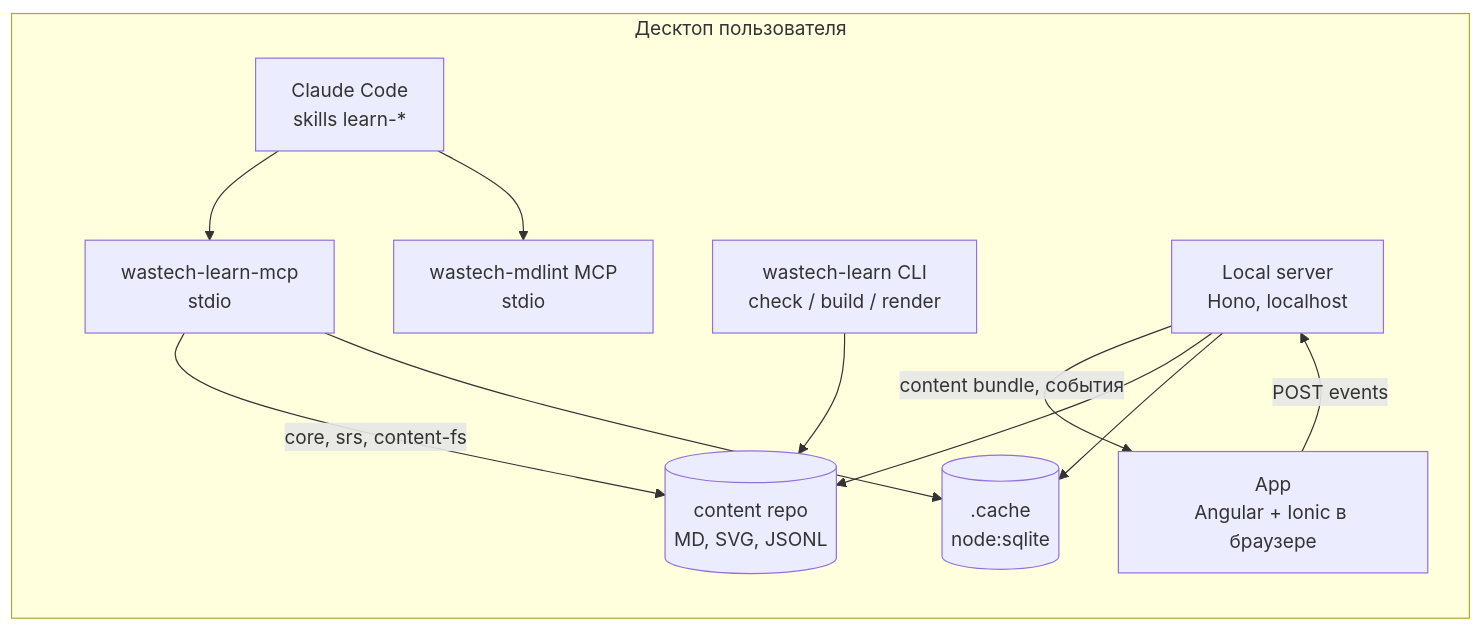
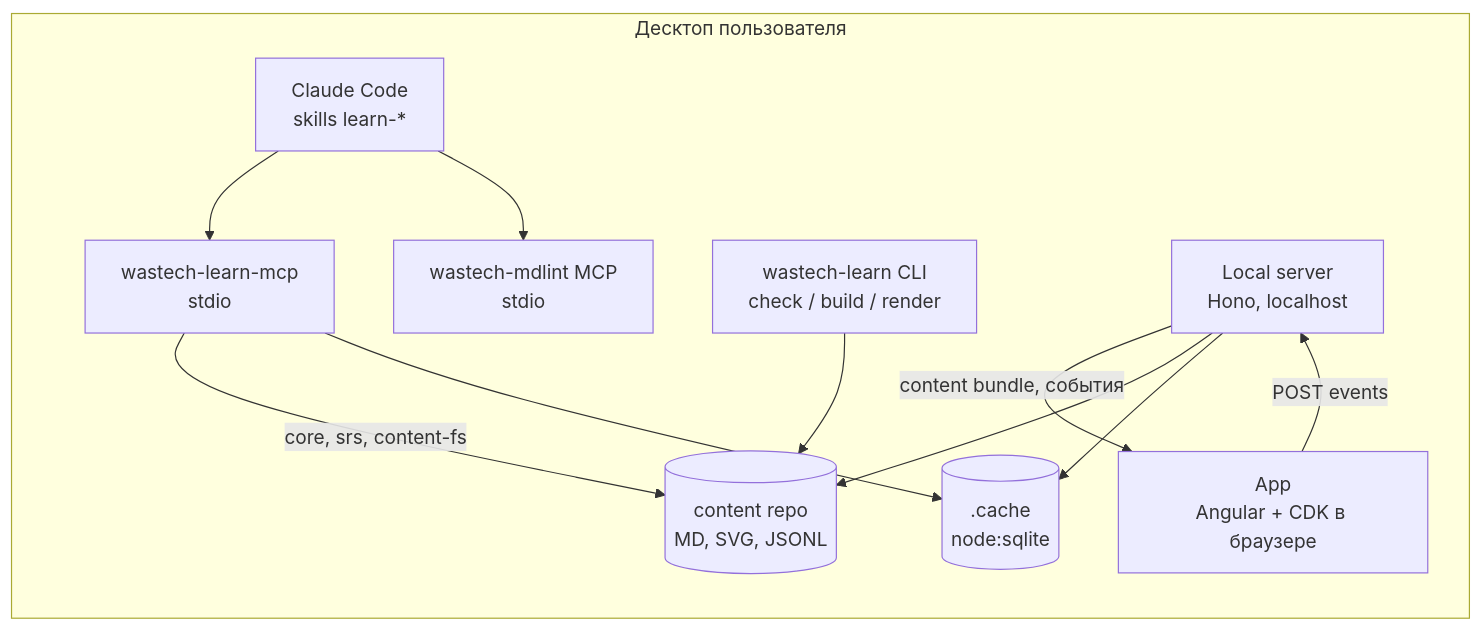
Before and after one commit to VladimirMakarevich/wastech-learn: the second of 2 diagrams in docs/architecture/overview.md, drawn with Mermaid. The commit also changed other lines of this file and 21 other files, not shown here.

First line of the commit message:
docs: accept desktop-first Angular + CDK as the UI stack

````diff
--- a/docs/architecture/overview.md
+++ b/docs/architecture/overview.md
@@ -30,22 +30,22 @@
 ```mermaid
 flowchart LR
   subgraph desktop["Десктоп пользователя"]
     cc["Claude Code<br/>skills learn-*"]
     mcp["wastech-learn-mcp<br/>stdio"]
     mdmcp["wastech-mdlint MCP<br/>stdio"]
     cli["wastech-learn CLI<br/>check / build / render"]
     server["Local server<br/>Hono, localhost"]
-    app["App<br/>Angular + Ionic в браузере"]
+    app["App<br/>Angular + CDK в браузере"]
     cache[(".cache<br/>node:sqlite")]
     repo[("content repo<br/>MD, SVG, JSONL")]
   end
   cc --> mcp
   cc --> mdmcp
   mcp -->|core, srs, content-fs| repo
   cli --> repo
   server -->|content bundle, события| app
   app -->|POST events| server
   server --> repo
   server --> cache
   mcp --> cache
 ```
````
